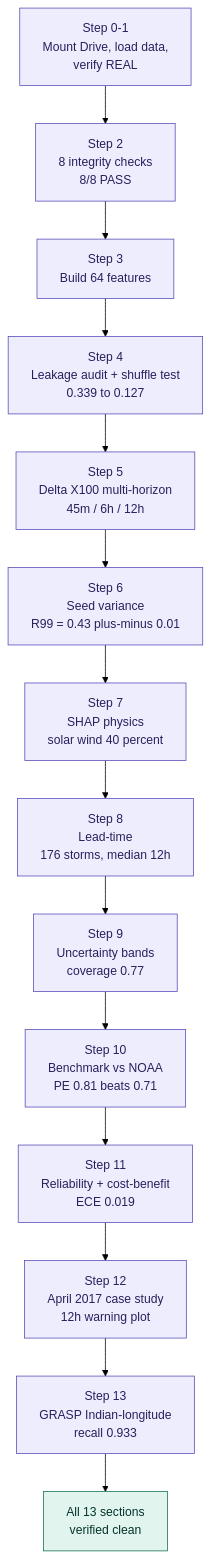
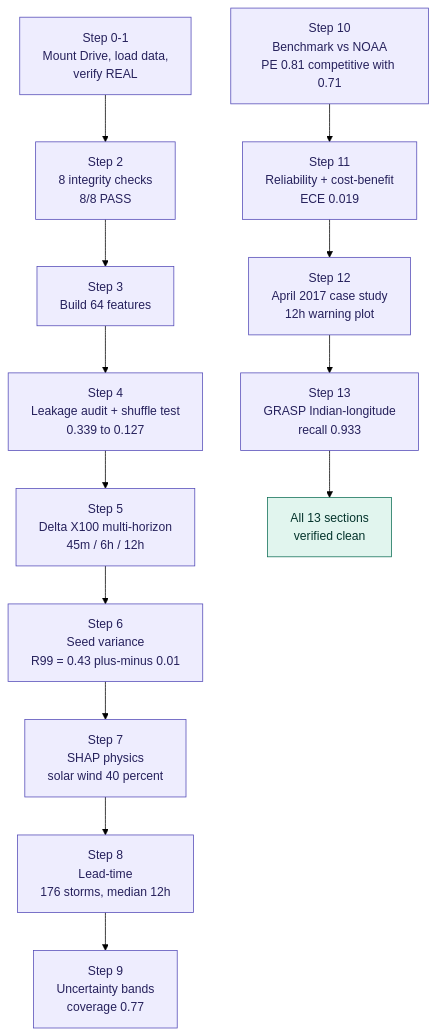
One commit to SHAURYASANYAL3/GEOshield changed the third of 5 diagrams in README.md. Above: the diagram before and after it, drawn with Mermaid (forest theme). The commit also changed other lines of this file, not shown here.

````diff
--- a/README.md
+++ b/README.md
@@ -253,20 +241,20 @@
 ```mermaid
 flowchart TB
     S0["Step 0-1<br/>Mount Drive, load data,<br/>verify REAL"] --> S2["Step 2<br/>8 integrity checks<br/>8/8 PASS"]
     S2 --> S3["Step 3<br/>Build 64 features"]
     S3 --> S4["Step 4<br/>Leakage audit + shuffle test<br/>0.339 to 0.127"]
     S4 --> S5["Step 5<br/>Delta X100 multi-horizon<br/>45m / 6h / 12h"]
     S5 --> S6["Step 6<br/>Seed variance<br/>R99 = 0.43 plus-minus 0.01"]
     S6 --> S7["Step 7<br/>SHAP physics<br/>solar wind 40 percent"]
     S7 --> S8["Step 8<br/>Lead-time<br/>176 storms, median 12h"]
     S8 --> S9["Step 9<br/>Uncertainty bands<br/>coverage 0.77"]
-    S9 --> S10["Step 10<br/>Benchmark vs NOAA<br/>PE 0.81 beats 0.71"]
+    S10["Step 10<br/>Benchmark vs NOAA<br/>PE 0.81 competitive with 0.71"]
     S10 --> S11["Step 11<br/>Reliability + cost-benefit<br/>ECE 0.019"]
     S11 --> S12["Step 12<br/>April 2017 case study<br/>12h warning plot"]
     S12 --> S13["Step 13<br/>GRASP Indian-longitude<br/>recall 0.933"]
     S13 --> DONE["All 13 sections<br/>verified clean"]
     classDef step fill:#EEEDFE,stroke:#534AB7,color:#26215C
     classDef done fill:#E1F5EE,stroke:#0F6E56,color:#04342C
     class S0,S2,S3,S4,S5,S6,S7,S8,S9,S10,S11,S12,S13 step
     class DONE done
 ```
````
